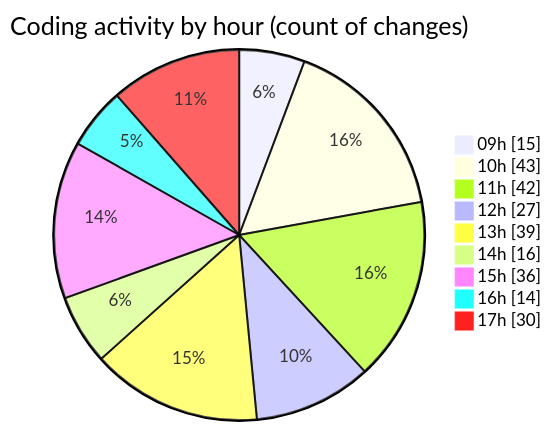
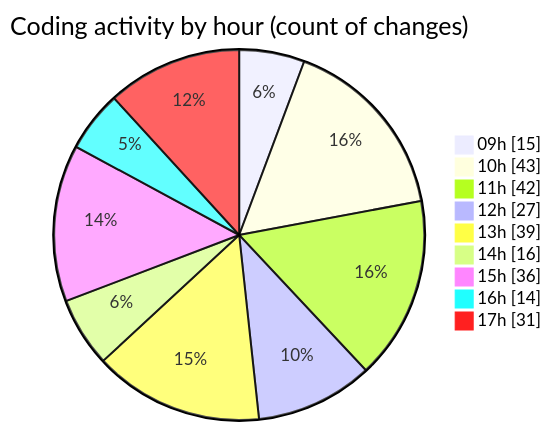
The second of 2 diagrams in 2025-09-30/cda/README.md (momahboobian/code-tracking), drawn with Mermaid before and after one commit. The commit also changed other lines of this file and 1 other file, not shown here.

````diff
--- a/2025-09-30/cda/README.md
+++ b/2025-09-30/cda/README.md
@@ -34,13 +34,13 @@
 ```mermaid
 pie showData
 title Coding activity by hour (count of changes)
 "09h" : 15
 "10h" : 43
 "11h" : 42
 "12h" : 27
 "13h" : 39
 "14h" : 16
 "15h" : 36
 "16h" : 14
-"17h" : 30
+"17h" : 31
 ```
````
